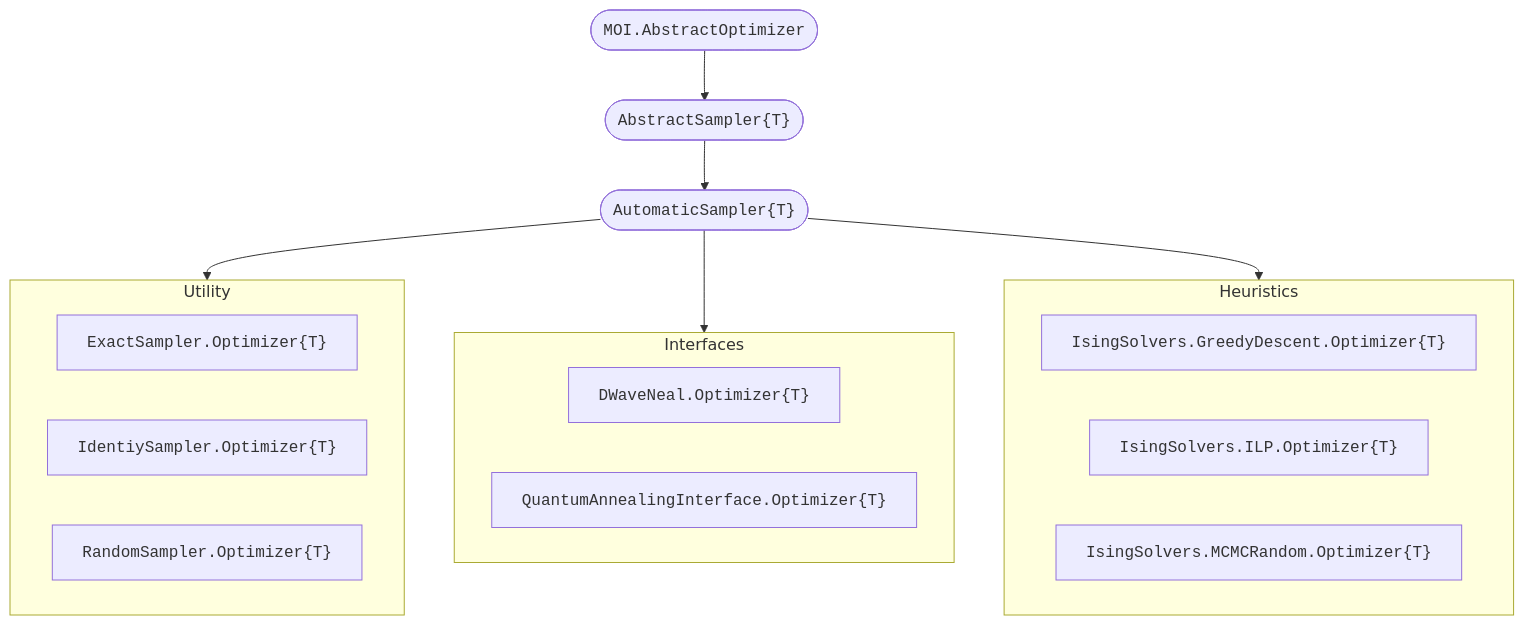
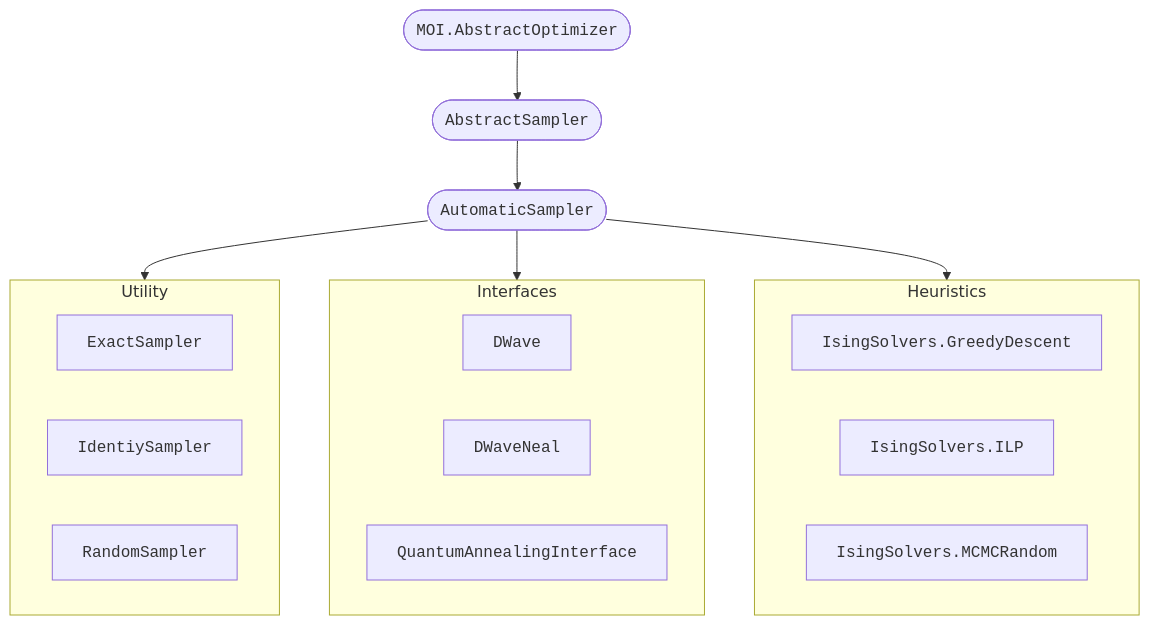
One commit to psrenergy/Anneal.jl changed the diagram in README.md. Above: the diagram before and after it, drawn with Mermaid. The commit also changed other lines of this file and 3 other files, not shown here.

````diff
--- a/README.md
+++ b/README.md
@@ -101,32 +102,33 @@
 ```mermaid
 flowchart TB;
     OPTIMIZER(["<code>MOI.AbstractOptimizer</code>"]);
-    ABSTRACT(["<code>AbstractSampler{T}</code>"]);
-    AUTOMATIC(["<code>AutomaticSampler{T}</code>"]);
+    ABSTRACT(["<code>AbstractSampler</code>"]);
+    AUTOMATIC(["<code>AutomaticSampler</code>"]);
     
     OPTIMIZER --> ABSTRACT --> AUTOMATIC;
 
     subgraph UTILITY [Utility]
         direction LR
-        EXACT["<code>ExactSampler.Optimizer{T}</code>"];
-        IDENTITY["<code>IdentiySampler.Optimizer{T}</code>"];
-        RANDOM["<code>RandomSampler.Optimizer{T}</code>"];
+        EXACT["<code>ExactSampler</code>"];
+        IDENTITY["<code>IdentiySampler</code>"];
+        RANDOM["<code>RandomSampler</code>"];
     end
     
     subgraph HEURISTICS [Heuristics]
         direction LR
-        GREEDY["<code>IsingSolvers.GreedyDescent.Optimizer{T}</code>"];
-        ILP["<code>IsingSolvers.ILP.Optimizer{T}</code>"];
-        MCMC["<code>IsingSolvers.MCMCRandom.Optimizer{T}</code>"];
+        GREEDY["<code>IsingSolvers.GreedyDescent</code>"];
+        ILP["<code>IsingSolvers.ILP</code>"];
+        MCMC["<code>IsingSolvers.MCMCRandom</code>"];
     end
     
     subgraph INTERFACES [Interfaces]
         direction LR
-        DWAVENEAL["<code>DWaveNeal.Optimizer{T}</code>"];
-        QUANTUMANNEALING["<code>QuantumAnnealingInterface.Optimizer{T}</code>"];
+        DWAVE["<code>DWave</code>"];
+        DWAVENEAL["<code>DWaveNeal</code>"];
+        QUANTUMANNEALING["<code>QuantumAnnealingInterface</code>"];
     end
        
     AUTOMATIC --> UTILITY;
     AUTOMATIC --> INTERFACES;
     AUTOMATIC --> HEURISTICS;
 ```
````
